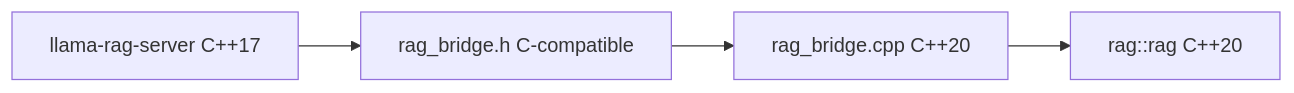
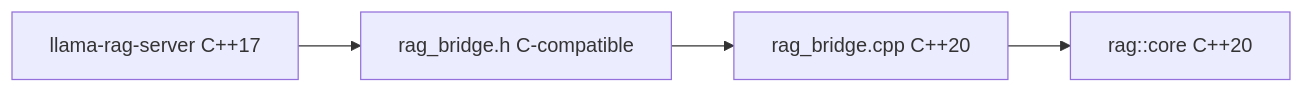
Before and after one commit to TengMa137/llama-rag-runtime: the second of 6 diagrams in docs/llama-rag-server-spec.md, drawn with Mermaid. The commit also changed other lines of this file and 152 other files, not shown here.

````diff
--- a/docs/llama-rag-server-spec.md
+++ b/docs/llama-rag-server-spec.md
@@ -361,11 +361,11 @@
 ```mermaid
 flowchart LR
     Server[llama-rag-server C++17]
     API[rag_bridge.h C-compatible]
     Impl[rag_bridge.cpp C++20]
-    RAG[rag::rag C++20]
+    RAG[rag::core C++20]
 
     Server --> API
     API --> Impl
     Impl --> RAG
 ```
````
